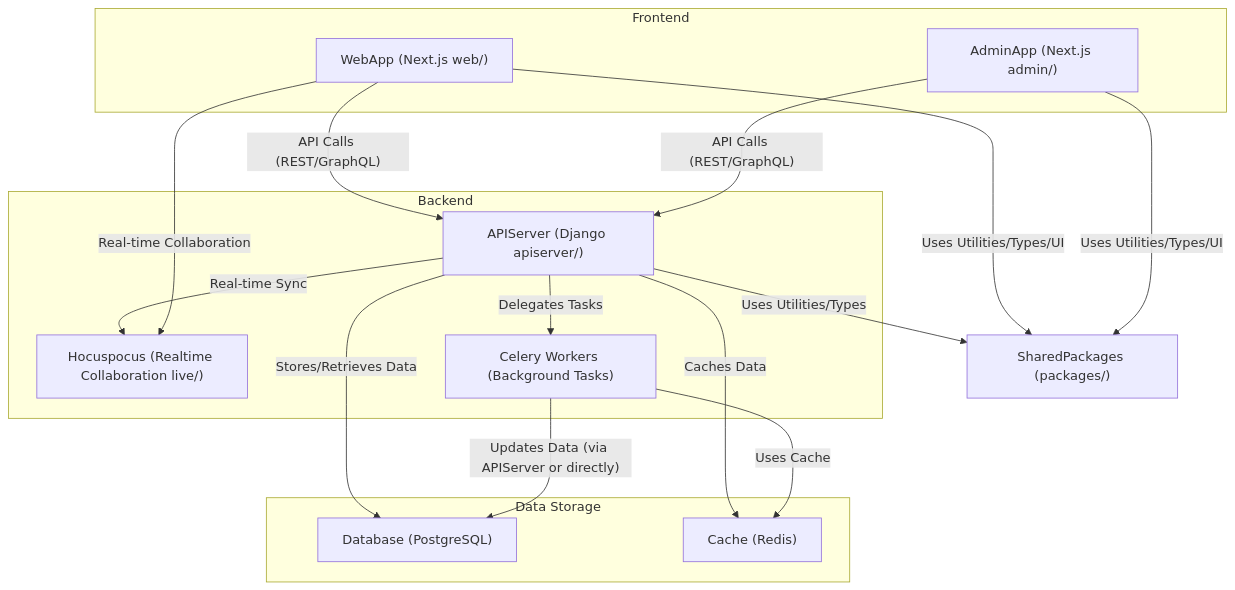
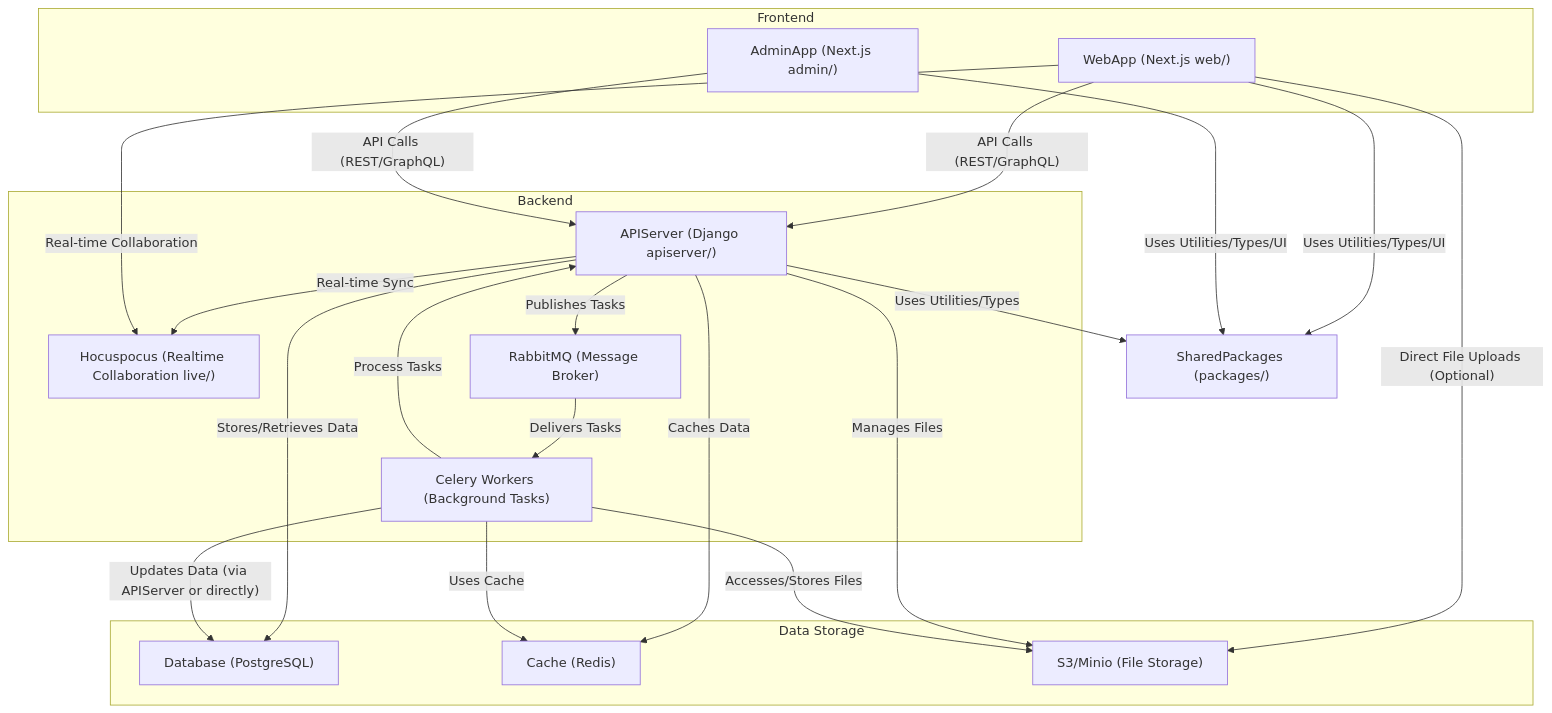
The diagram in docs/architecture.md (gijigae/plane), drawn with Mermaid before and after one commit.

Commit message:
feat: add RabbitMQ and S3/Minio to architecture diagram
This commit further enhances the architecture flowchart in `docs/architecture.md` by including:

- "RabbitMQ (Message Broker)" within the Backend section, showing its role in task queuing between the APIServer and Celery Workers.
- "S3/Minio (File Storage)" within the Data Storage section, illustrating its use for storing and managing files, with interactions from the APIServer, WebApp (for potential direct uploads), and Celery Workers.

These additions provide a more comprehensive overview of the application's infrastructure and data flow.

````diff
--- a/docs/architecture.md
+++ b/docs/architecture.md
@@ -1,36 +1,43 @@
 ```mermaid
 graph TD
     subgraph Frontend
         WebApp["WebApp (Next.js web/)"]
         AdminApp["AdminApp (Next.js admin/)"]
     end
 
     subgraph Backend
         APIServer["APIServer (Django apiserver/)"]
         Hocuspocus["Hocuspocus (Realtime Collaboration live/)"]
         CeleryWorkers["Celery Workers (Background Tasks)"]
+        RabbitMQ["RabbitMQ (Message Broker)"]
     end
 
     subgraph "Data Storage"
         Database["Database (PostgreSQL)"]
         Cache["Cache (Redis)"]
+        FileStorage["S3/Minio (File Storage)"]
     end
 
     SharedPackages["SharedPackages (packages/)"]
 
     WebApp -- "API Calls (REST/GraphQL)" --> APIServer
     AdminApp -- "API Calls (REST/GraphQL)" --> APIServer
+    WebApp -- "Direct File Uploads (Optional)" --> FileStorage
     
     APIServer -- "Stores/Retrieves Data" --> Database
     APIServer -- "Caches Data" --> Cache
-    APIServer -- "Delegates Tasks" --> CeleryWorkers
+    APIServer -- "Manages Files" --> FileStorage
+    APIServer -- "Publishes Tasks" --> RabbitMQ
+    RabbitMQ -- "Delivers Tasks" --> CeleryWorkers
+    CeleryWorkers -- "Process Tasks" --> APIServer
     CeleryWorkers -- "Updates Data (via APIServer or directly)" --> Database
     CeleryWorkers -- "Uses Cache" --> Cache
+    CeleryWorkers -- "Accesses/Stores Files" --> FileStorage
     
     APIServer -- "Real-time Sync" --> Hocuspocus
     WebApp -- "Real-time Collaboration" --> Hocuspocus
     
     WebApp -- "Uses Utilities/Types/UI" --> SharedPackages
     AdminApp -- "Uses Utilities/Types/UI" --> SharedPackages
     APIServer -- "Uses Utilities/Types" --> SharedPackages
 ```
````
